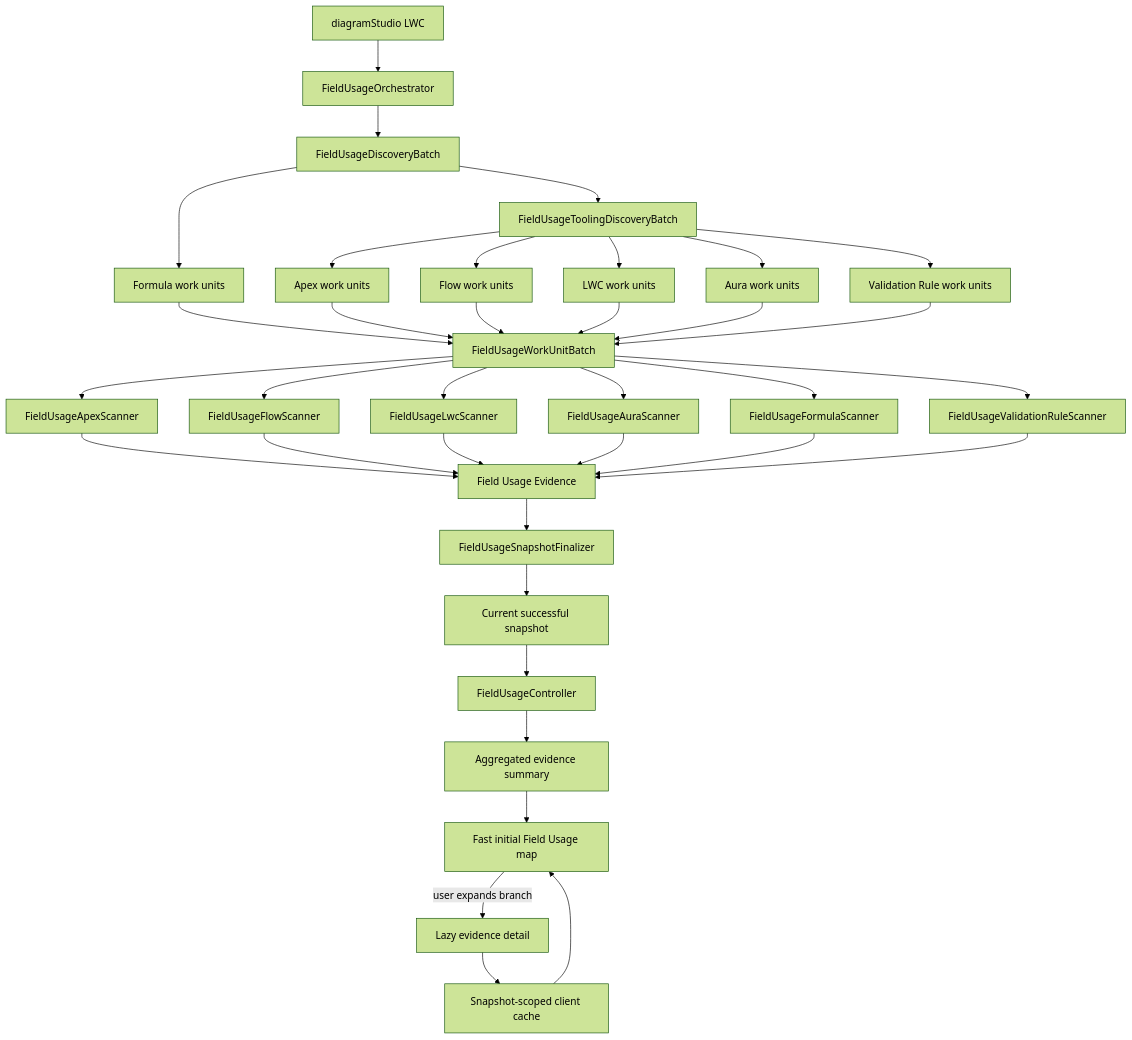
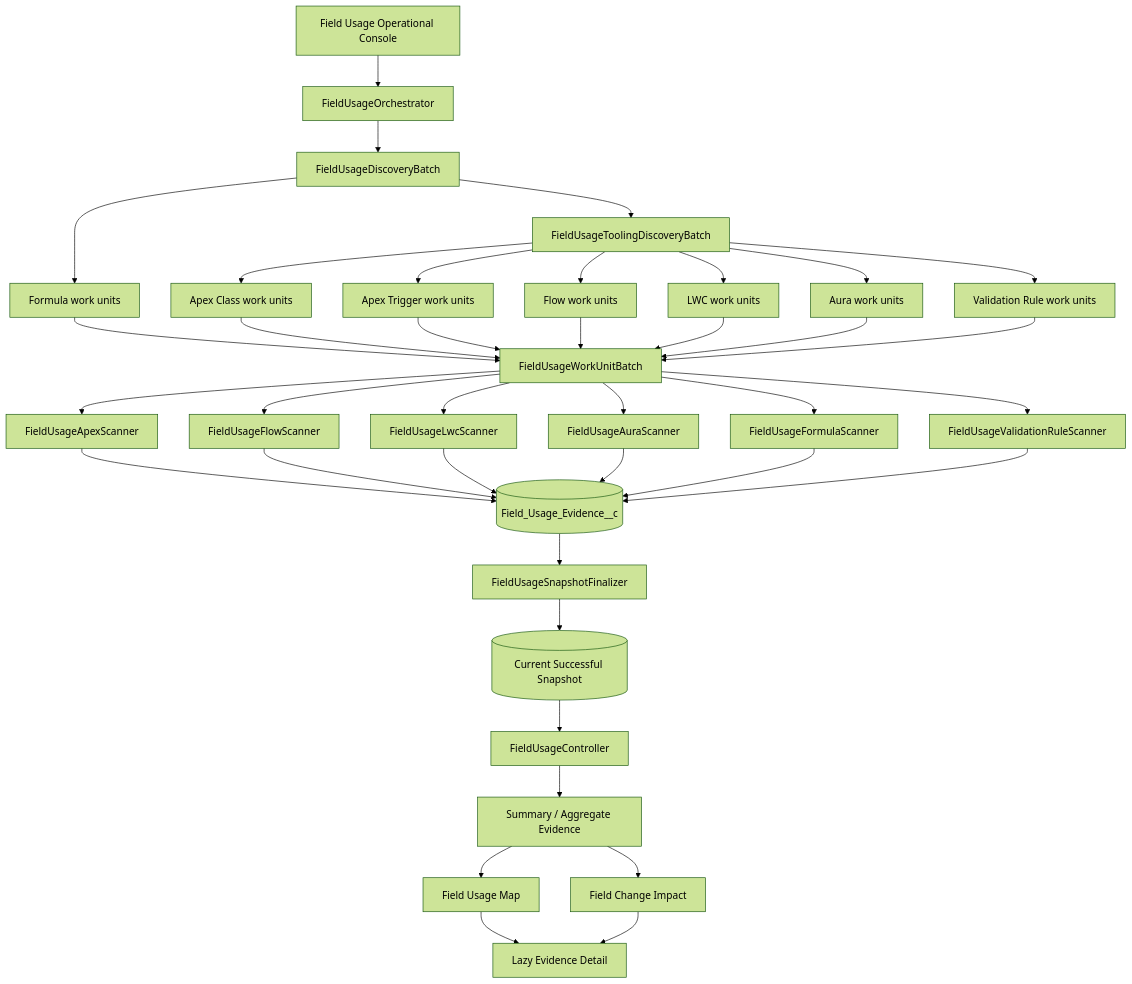
One commit to vikascohen/Salesforce-ER-Modeller-Studio changed the first of 3 diagrams in docs/FIELD_USAGE_ARCHITECTURE.md. Above: the diagram before and after it, drawn with Mermaid (forest theme). The commit also changed other lines of this file, not shown here.

Commit message:
Update Version 3 Field Usage architecture documentation

````diff
--- a/docs/FIELD_USAGE_ARCHITECTURE.md
+++ b/docs/FIELD_USAGE_ARCHITECTURE.md
@@ -20,38 +16,45 @@
 ```mermaid
 flowchart TD
-    UI[diagramStudio LWC] --> ORCH[FieldUsageOrchestrator]
+    UI[Field Usage Operational Console] --> ORCH[FieldUsageOrchestrator]
     ORCH --> DISC[FieldUsageDiscoveryBatch]
+    DISC --> TOOL[FieldUsageToolingDiscoveryBatch]
+
     DISC --> FORMULA[Formula work units]
-    DISC --> TOOLING[FieldUsageToolingDiscoveryBatch]
-    TOOLING --> APEX[Apex work units]
-    TOOLING --> FLOW[Flow work units]
-    TOOLING --> LWC[LWC work units]
-    TOOLING --> AURA[Aura work units]
-    TOOLING --> VALIDATION[Validation Rule work units]
+    TOOL --> APEX[Apex Class work units]
+    TOOL --> TRIGGER[Apex Trigger work units]
+    TOOL --> FLOW[Flow work units]
+    TOOL --> LWC[LWC work units]
+    TOOL --> AURA[Aura work units]
+    TOOL --> VR[Validation Rule work units]
+
     FORMULA --> WORK[FieldUsageWorkUnitBatch]
     APEX --> WORK
+    TRIGGER --> WORK
     FLOW --> WORK
     LWC --> WORK
     AURA --> WORK
-    VALIDATION --> WORK
+    VR --> WORK
+
     WORK --> AS[FieldUsageApexScanner]
     WORK --> FS[FieldUsageFlowScanner]
     WORK --> LS[FieldUsageLwcScanner]
     WORK --> AUS[FieldUsageAuraScanner]
     WORK --> FOS[FieldUsageFormulaScanner]
     WORK --> VRS[FieldUsageValidationRuleScanner]
-    AS --> EVIDENCE[Field Usage Evidence]
-    FS --> EVIDENCE
-    LS --> EVIDENCE
-    AUS --> EVIDENCE
-    FOS --> EVIDENCE
-    VRS --> EVIDENCE
-    EVIDENCE --> FINAL[FieldUsageSnapshotFinalizer]
-    FINAL --> CURRENT[Current successful snapshot]
+
+    AS --> E[(Field_Usage_Evidence__c)]
+    FS --> E
+    LS --> E
+    AUS --> E
+    FOS --> E
+    VRS --> E
+
+    E --> FINAL[FieldUsageSnapshotFinalizer]
+    FINAL --> CURRENT[(Current Successful Snapshot)]
     CURRENT --> CTRL[FieldUsageController]
-    CTRL --> SUMMARY[Aggregated evidence summary]
-    SUMMARY --> MAP[Fast initial Field Usage map]
-    MAP -->|user expands branch| DETAIL[Lazy evidence detail]
-    DETAIL --> CACHE[Snapshot-scoped client cache]
-    CACHE --> MAP
+    CTRL --> SUMMARY[Summary / Aggregate Evidence]
+    SUMMARY --> MAP[Field Usage Map]
+    SUMMARY --> IMPACT[Field Change Impact]
+    MAP --> DETAIL[Lazy Evidence Detail]
+    IMPACT --> DETAIL
 ```
````
